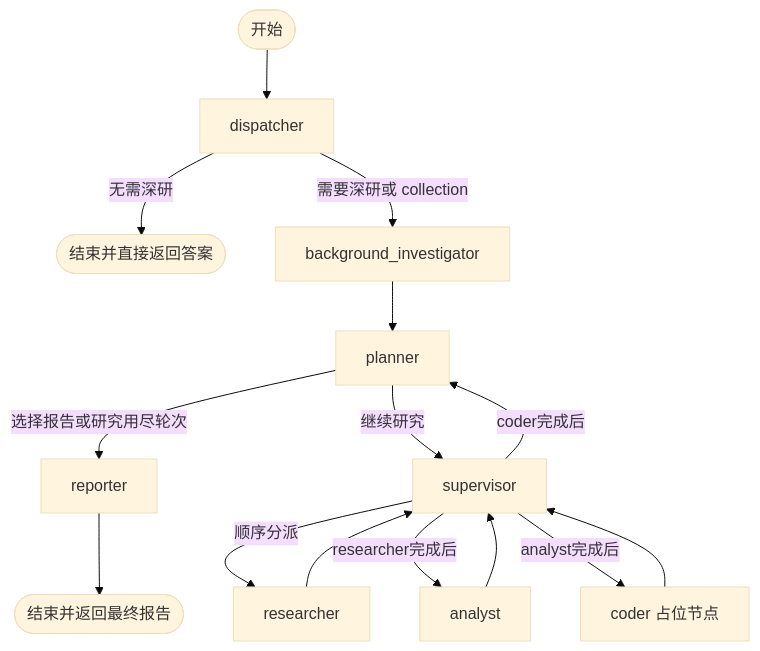
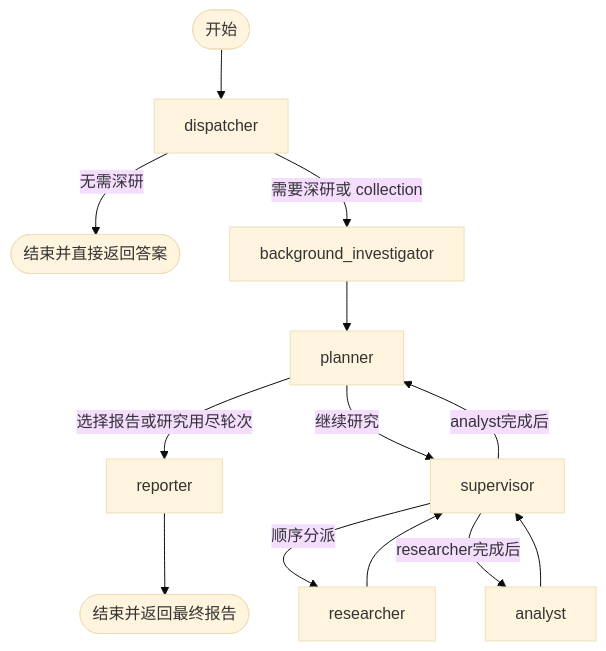
Before and after one commit to iJA774/Tufa-Scholar: the diagram in src/agents/README.md, drawn with Mermaid (base theme). The commit also changed other lines of this file and 27 other files, not shown here.

Commit message:
feat: classify converted documents outside the research graph

````diff
--- a/src/agents/README.md
+++ b/src/agents/README.md
@@ -7,17 +7,15 @@
 ```mermaid
 flowchart TD
     S([开始]) --> D[dispatcher]
     D -- 无需深研 --> E([结束并直接返回答案])
     D -- 需要深研或 collection --> B[background_investigator]
     B --> P[planner]
     P -- 选择报告或研究用尽轮次 --> R[reporter]
     P -- 继续研究 --> U[supervisor]
     U -- 顺序分派 --> X[researcher]
     X --> U
     U -- researcher完成后 --> A[analyst]
     A --> U
-    U -- analyst完成后 --> C[coder 占位节点]
-    C --> U
-    U -- coder完成后 --> P
+    U -- analyst完成后 --> P
     R --> E2([结束并返回最终报告])
 ```
````
